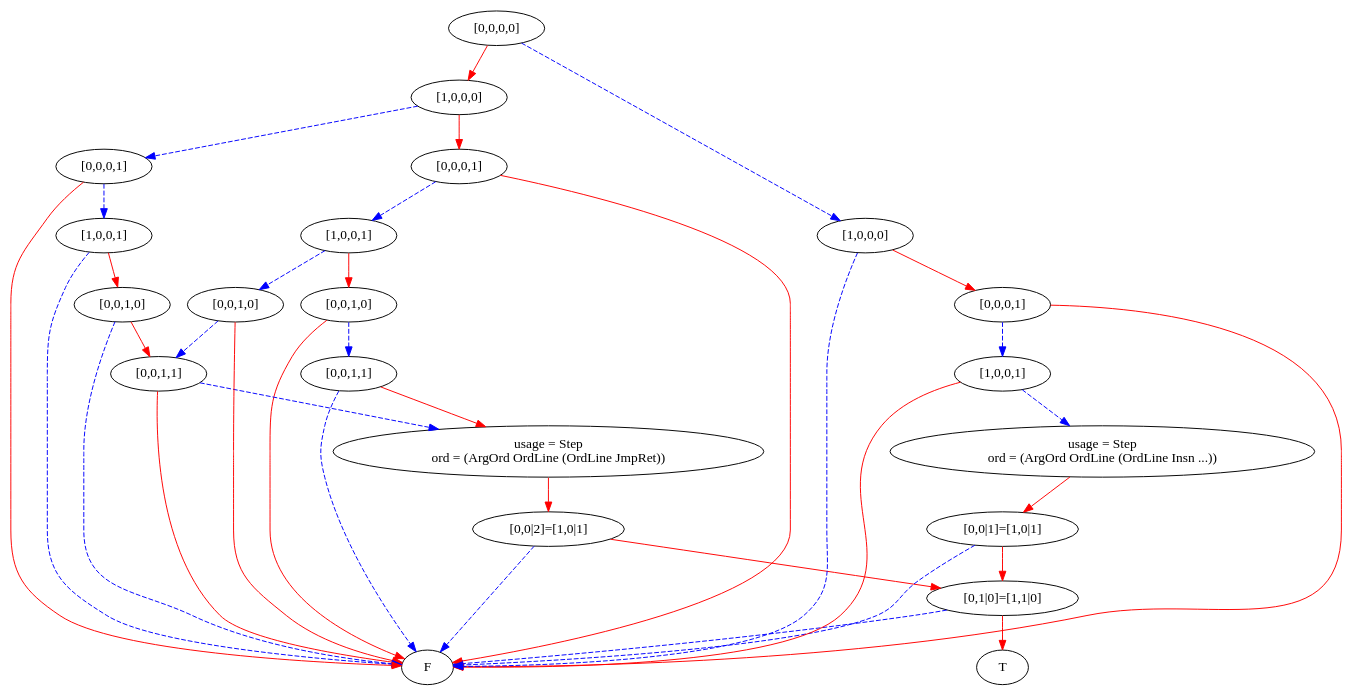
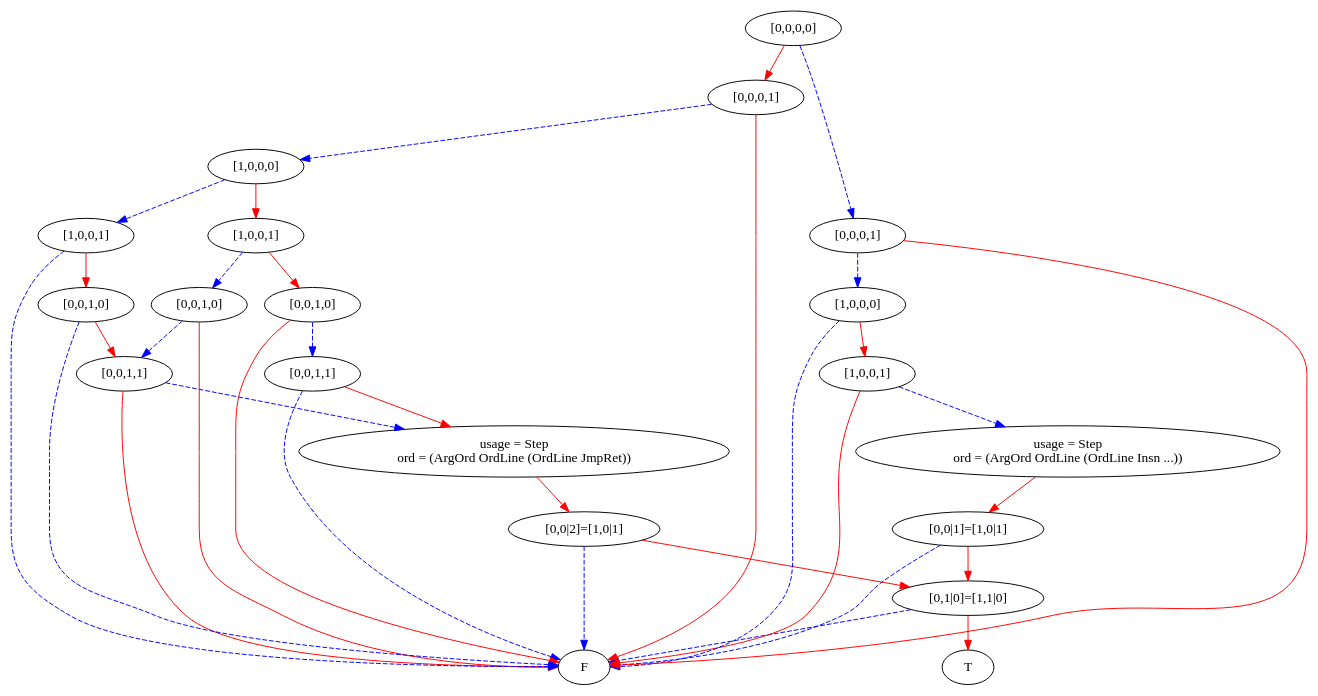
The diagram in simpleProgram2.dot (mburyakov/minxmod), drawn with Graphviz before and after one commit. The commit also changed 10 other files, not shown here.

```diff
--- a/simpleProgram2.dot
+++ b/simpleProgram2.dot
@@ -1,76 +1,72 @@
 digraph {
     1 [label=F];
     2 [label=T];
     3 [label="[0,1|0]=[1,1|0]"];
     4 [label="[0,0|2]=[1,0|1]"];
     5 [label="usage = Step\nord = (ArgOrd OrdLine (OrdLine JmpRet))"];
     6 [label="[0,0,1,1]"];
     7 [label="[0,0,1,0]"];
     8 [label="[0,0,1,1]"];
     9 [label="[0,0,1,0]"];
     10 [label="[1,0,0,1]"];
-    11 [label="[0,0,0,1]"];
-    12 [label="[0,0,1,0]"];
-    13 [label="[1,0,0,1]"];
+    11 [label="[0,0,1,0]"];
+    12 [label="[1,0,0,1]"];
+    13 [label="[1,0,0,0]"];
     14 [label="[0,0,0,1]"];
-    15 [label="[1,0,0,0]"];
-    16 [label="[0,0|1]=[1,0|1]"];
-    17 [label="usage = Step\nord = (ArgOrd OrdLine (OrdLine Insn ...))"];
-    18 [label="[1,0,0,1]"];
+    15 [label="[0,0|1]=[1,0|1]"];
+    16 [label="usage = Step\nord = (ArgOrd OrdLine (OrdLine Insn ...))"];
+    17 [label="[1,0,0,1]"];
+    18 [label="[1,0,0,0]"];
     19 [label="[0,0,0,1]"];
-    20 [label="[1,0,0,0]"];
-    21 [label="[0,0,0,0]"];
+    20 [label="[0,0,0,0]"];
     3 -> 1 [style=dashed
            ,color=blue];
     3 -> 2 [color=red];
     4 -> 3 [color=red];
     4 -> 1 [style=dashed
            ,color=blue];
     5 -> 4 [color=red];
     6 -> 5 [color=red];
     6 -> 1 [style=dashed
            ,color=blue];
     7 -> 6 [style=dashed
            ,color=blue];
     7 -> 1 [color=red];
     8 -> 5 [style=dashed
            ,color=blue];
     8 -> 1 [color=red];
     9 -> 8 [style=dashed
            ,color=blue];
     9 -> 1 [color=red];
     10 -> 7 [color=red];
     10 -> 9 [style=dashed
             ,color=blue];
-    11 -> 10 [style=dashed
-             ,color=blue];
-    11 -> 1 [color=red];
-    12 -> 8 [color=red];
+    11 -> 8 [color=red];
+    11 -> 1 [style=dashed
+            ,color=blue];
+    12 -> 11 [color=red];
     12 -> 1 [style=dashed
             ,color=blue];
-    13 -> 12 [color=red];
-    13 -> 1 [style=dashed
-            ,color=blue];
+    13 -> 10 [color=red];
+    13 -> 12 [style=dashed
+             ,color=blue];
     14 -> 13 [style=dashed
              ,color=blue];
     14 -> 1 [color=red];
-    15 -> 11 [color=red];
-    15 -> 14 [style=dashed
+    15 -> 3 [color=red];
+    15 -> 1 [style=dashed
+            ,color=blue];
+    16 -> 15 [color=red];
+    17 -> 16 [style=dashed
              ,color=blue];
-    16 -> 3 [color=red];
-    16 -> 1 [style=dashed
+    17 -> 1 [color=red];
+    18 -> 17 [color=red];
+    18 -> 1 [style=dashed
             ,color=blue];
-    17 -> 16 [color=red];
-    18 -> 17 [style=dashed
-             ,color=blue];
-    18 -> 1 [color=red];
     19 -> 18 [style=dashed
              ,color=blue];
     19 -> 1 [color=red];
-    20 -> 19 [color=red];
-    20 -> 1 [style=dashed
-            ,color=blue];
-    21 -> 15 [color=red];
-    21 -> 20 [style=dashed
+    20 -> 14 [color=red];
+    20 -> 19 [style=dashed
              ,color=blue];
 }
```
